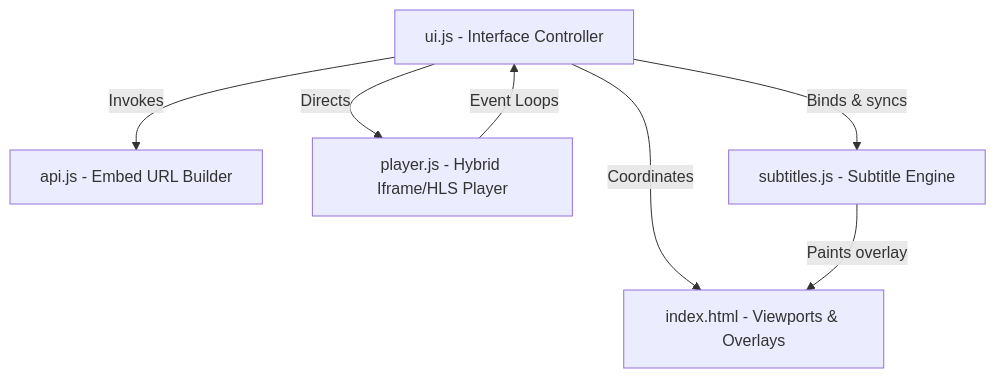
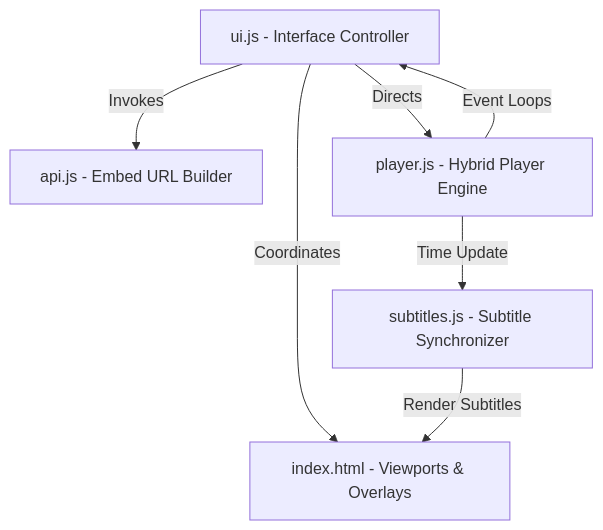
One commit to iamgkkj/605streams changed the first of 3 diagrams in docs/Architecture.md. Above: the diagram before and after it, drawn with Mermaid. The commit also changed other lines of this file and 4 other files, not shown here.

````diff
--- a/docs/Architecture.md
+++ b/docs/Architecture.md
@@ -12,15 +12,15 @@
 ```mermaid
 graph TD
     UI[ui.js - Interface Controller]
     API[api.js - Embed URL Builder]
-    PLAY[player.js - Hybrid Iframe/HLS Player]
-    SUB[subtitles.js - Subtitle Engine]
+    PLAY[player.js - Hybrid Player Engine]
+    SUB[subtitles.js - Subtitle Synchronizer]
     DOM[index.html - Viewports & Overlays]
 
     UI -->|Coordinates| DOM
     UI -->|Invokes| API
     UI -->|Directs| PLAY
-    UI -->|Binds & syncs| SUB
     PLAY -->|Event Loops| UI
-    SUB -->|Paints overlay| DOM
+    PLAY -->|Time Update| SUB
+    SUB -->|Render Subtitles| DOM
 ```
````
